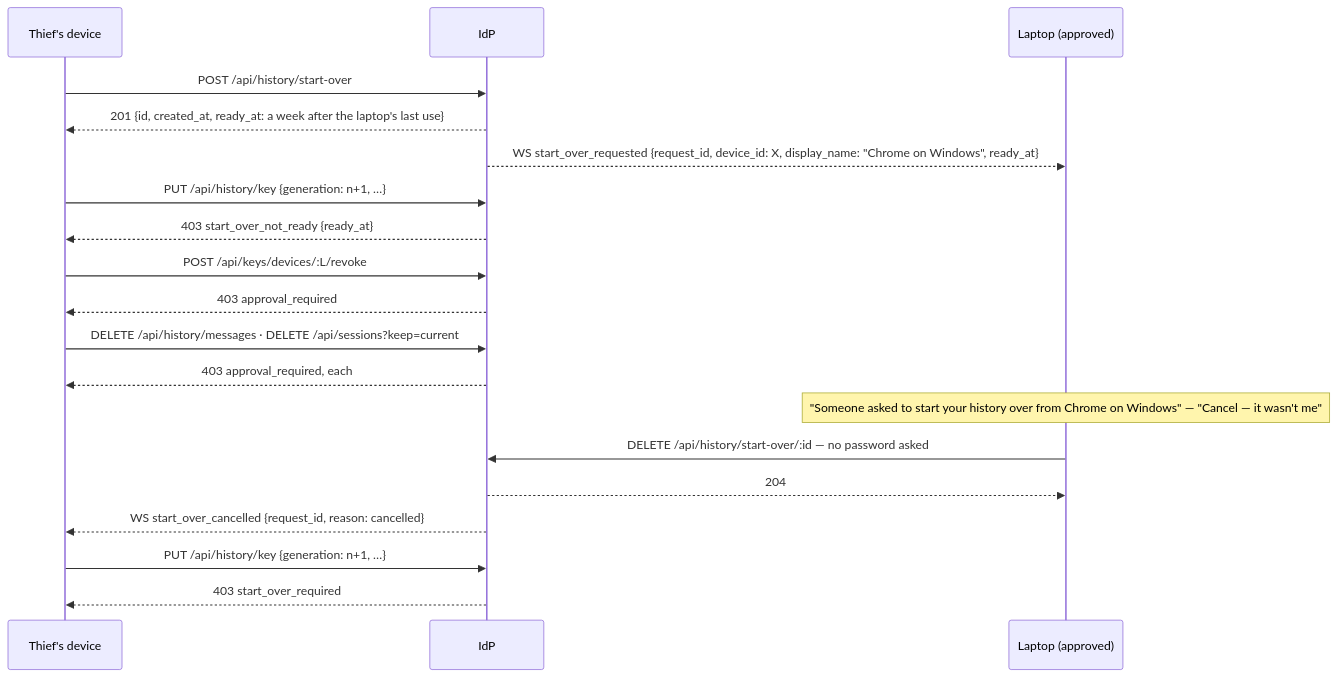
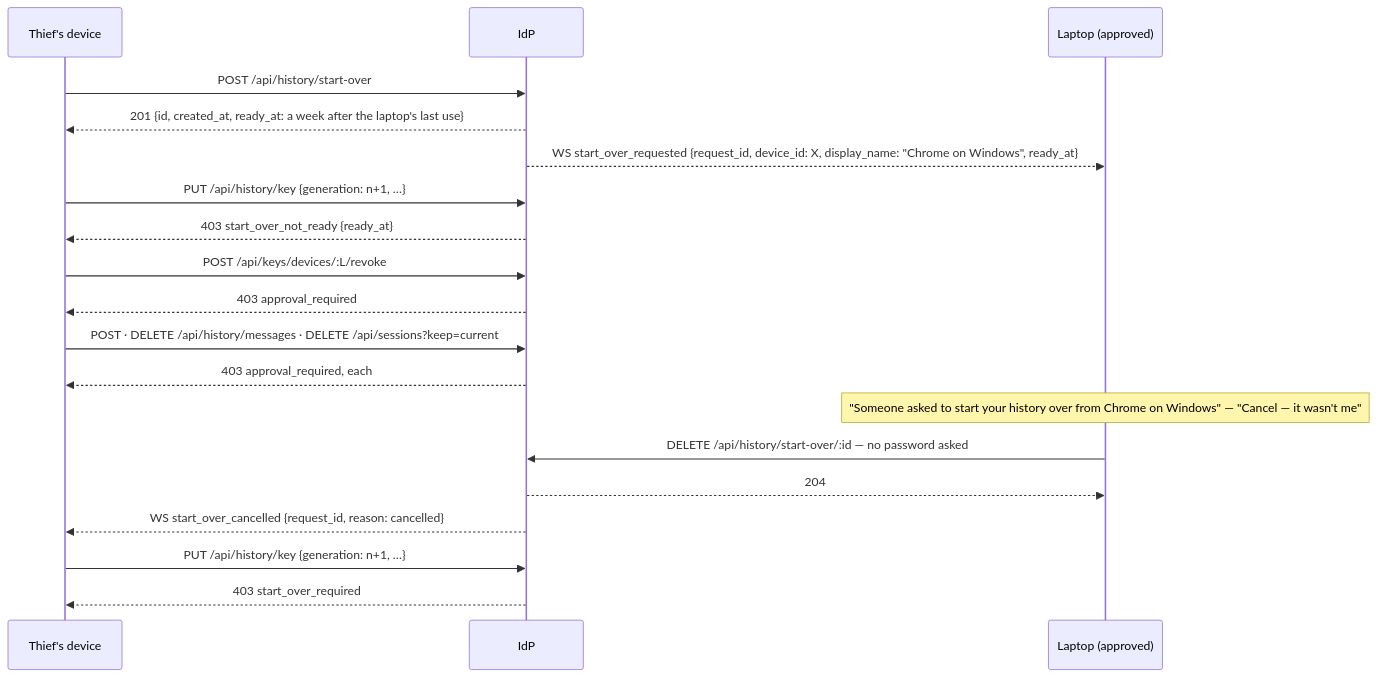
Diagram 20 of 21 in identity-provider/specs/e2ee.md (Pina-i/pinai), drawn with Mermaid before and after one commit. The commit also changed other lines of this file and 11 other files, not shown here.

````diff
--- a/identity-provider/specs/e2ee.md
+++ b/identity-provider/specs/e2ee.md
@@ -2085,21 +2099,21 @@
 ```mermaid
 sequenceDiagram
     participant X as Thief's device
     participant I as IdP
     participant L as Laptop (approved)
     X->>I: POST /api/history/start-over
     I-->>X: 201 {id, created_at, ready_at: a week after the laptop's last use}
     I-->>L: WS start_over_requested {request_id, device_id: X, display_name: "Chrome on Windows", ready_at}
     X->>I: PUT /api/history/key {generation: n+1, …}
     I-->>X: 403 start_over_not_ready {ready_at}
     X->>I: POST /api/keys/devices/:L/revoke
     I-->>X: 403 approval_required
-    X->>I: DELETE /api/history/messages · DELETE /api/sessions?keep=current
+    X->>I: POST · DELETE /api/history/messages · DELETE /api/sessions?keep=current
     I-->>X: 403 approval_required, each
     Note over L: "Someone asked to start your history over from Chrome on Windows" — "Cancel — it wasn't me"
     L->>I: DELETE /api/history/start-over/:id — no password asked
     I-->>L: 204
     I-->>X: WS start_over_cancelled {request_id, reason: cancelled}
     X->>I: PUT /api/history/key {generation: n+1, …}
     I-->>X: 403 start_over_required
 ```
````
